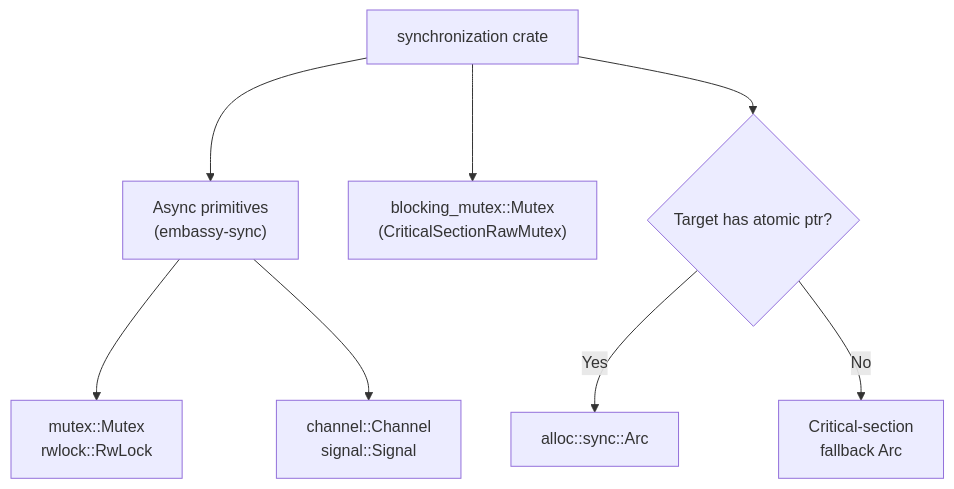
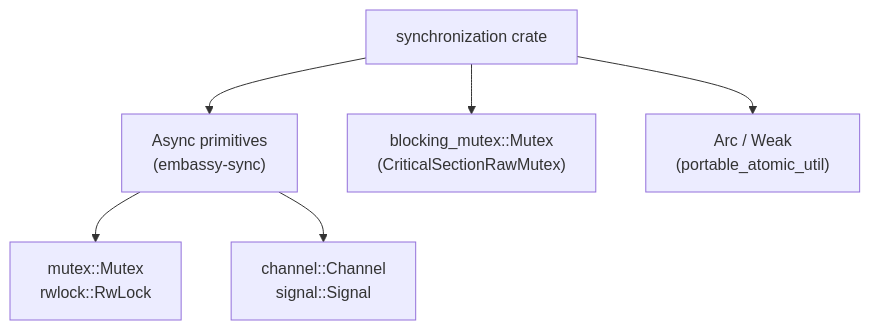
The diagram in src/content/docs/explanation/architecture/libraries/synchronization.mdx (xila-project/website), drawn with Mermaid before and after one commit. The commit also changed other lines of this file and 16 other files, not shown here.

````diff
--- a/src/content/docs/explanation/architecture/libraries/synchronization.mdx
+++ b/src/content/docs/explanation/architecture/libraries/synchronization.mdx
@@ -39,10 +34,8 @@
 ```mermaid
 flowchart TD
     Sync["synchronization crate"] --> AsyncLocks["Async primitives\n(embassy-sync)"]
     AsyncLocks --> Mutex["mutex::Mutex\nrwlock::RwLock"]
     AsyncLocks --> Comm["channel::Channel\nsignal::Signal"]
     Sync --> Blocking["blocking_mutex::Mutex\n(CriticalSectionRawMutex)"]
-    Sync --> ArcSelection{"Target has atomic ptr?"}
-    ArcSelection -- Yes --> AtomicArc["alloc::sync::Arc"]
-    ArcSelection -- No --> MutexArc["Critical-section\nfallback Arc"]
+    Sync --> ArcReexport["Arc / Weak\n(portable_atomic_util)"]
 ```
````
